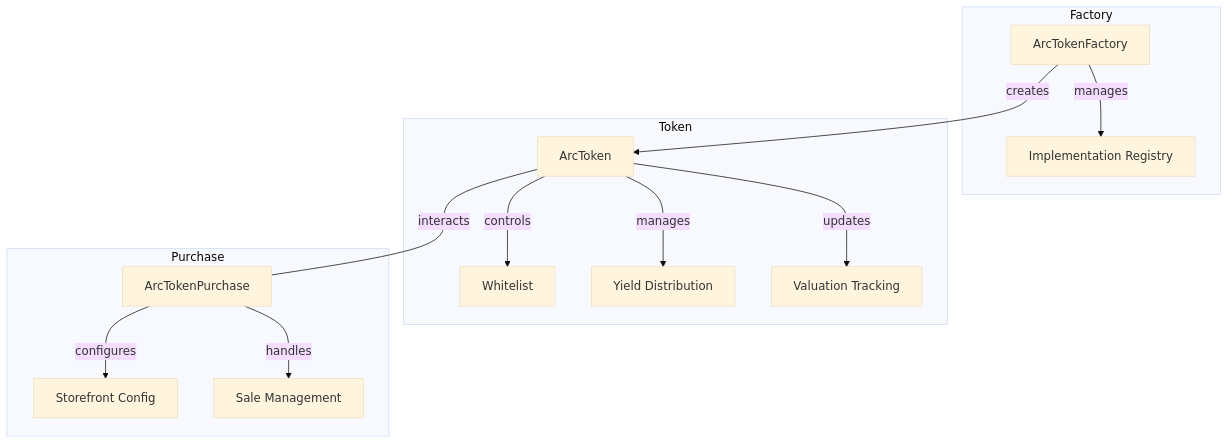
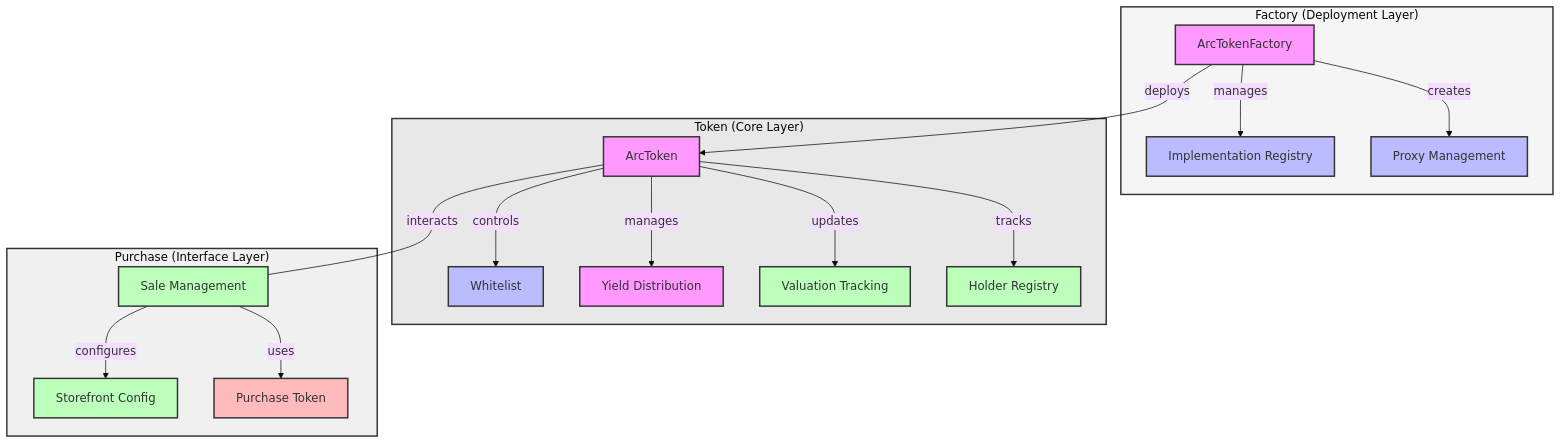
Before and after one commit to plumenetwork/contracts: the first of 8 diagrams in smart-wallets/README.md, drawn with Mermaid (base theme). The commit also changed other lines of this file, not shown here.

Commit message:
add more diagrams

````diff
--- a/smart-wallets/README.md
+++ b/smart-wallets/README.md
@@ -331,29 +331,42 @@
 ```mermaid
 graph TB
-    subgraph Factory
-        F[ArcTokenFactory]
-        I[Implementation Registry]
+    classDef core fill:#f9f,stroke:#333,stroke-width:2px
+    classDef security fill:#bbf,stroke:#333,stroke-width:2px
+    classDef management fill:#bfb,stroke:#333,stroke-width:2px
+    classDef external fill:#fbb,stroke:#333,stroke-width:2px
+
+    subgraph Factory["Factory (Deployment Layer)"]
+        F[ArcTokenFactory]:::core
+        I[Implementation Registry]:::security
+        P[Proxy Management]:::security
     end
 
-    subgraph Token
-        T[ArcToken]
-        W[Whitelist]
-        Y[Yield Distribution]
-        V[Valuation Tracking]
+    subgraph Token["Token (Core Layer)"]
+        T[ArcToken]:::core
+        W[Whitelist]:::security
+        Y[Yield Distribution]:::core
+        V[Valuation Tracking]:::management
+        H[Holder Registry]:::management
     end
 
-    subgraph Purchase
-        P[ArcTokenPurchase]
-        S[Storefront Config]
-        M[Sale Management]
+    subgraph Purchase["Purchase (Interface Layer)"]
+        S[Sale Management]:::management
+        C[Storefront Config]:::management
+        PT[Purchase Token]:::external
     end
 
-    F -->|creates| T
+    F -->|deploys| T
     F -->|manages| I
+    F -->|creates| P
     T -->|controls| W
     T -->|manages| Y
     T -->|updates| V
-    P -->|configures| S
-    P -->|handles| M
-    T ---|interacts| P
+    T -->|tracks| H
+    S -->|configures| C
+    S -->|uses| PT
+    T ---|interacts| S
+
+    style Factory fill:#f5f5f5,stroke:#333,stroke-width:2px
+    style Token fill:#e8e8e8,stroke:#333,stroke-width:2px
+    style Purchase fill:#f0f0f0,stroke:#333,stroke-width:2px
 ```
````
